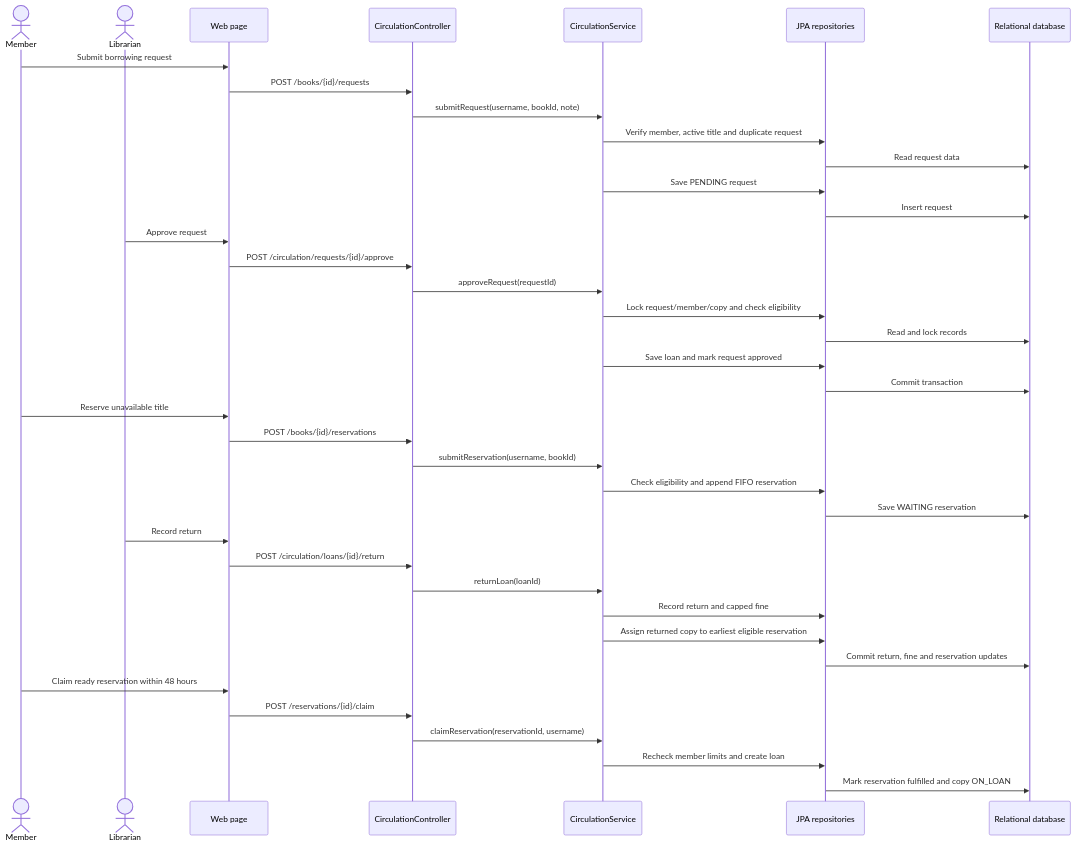
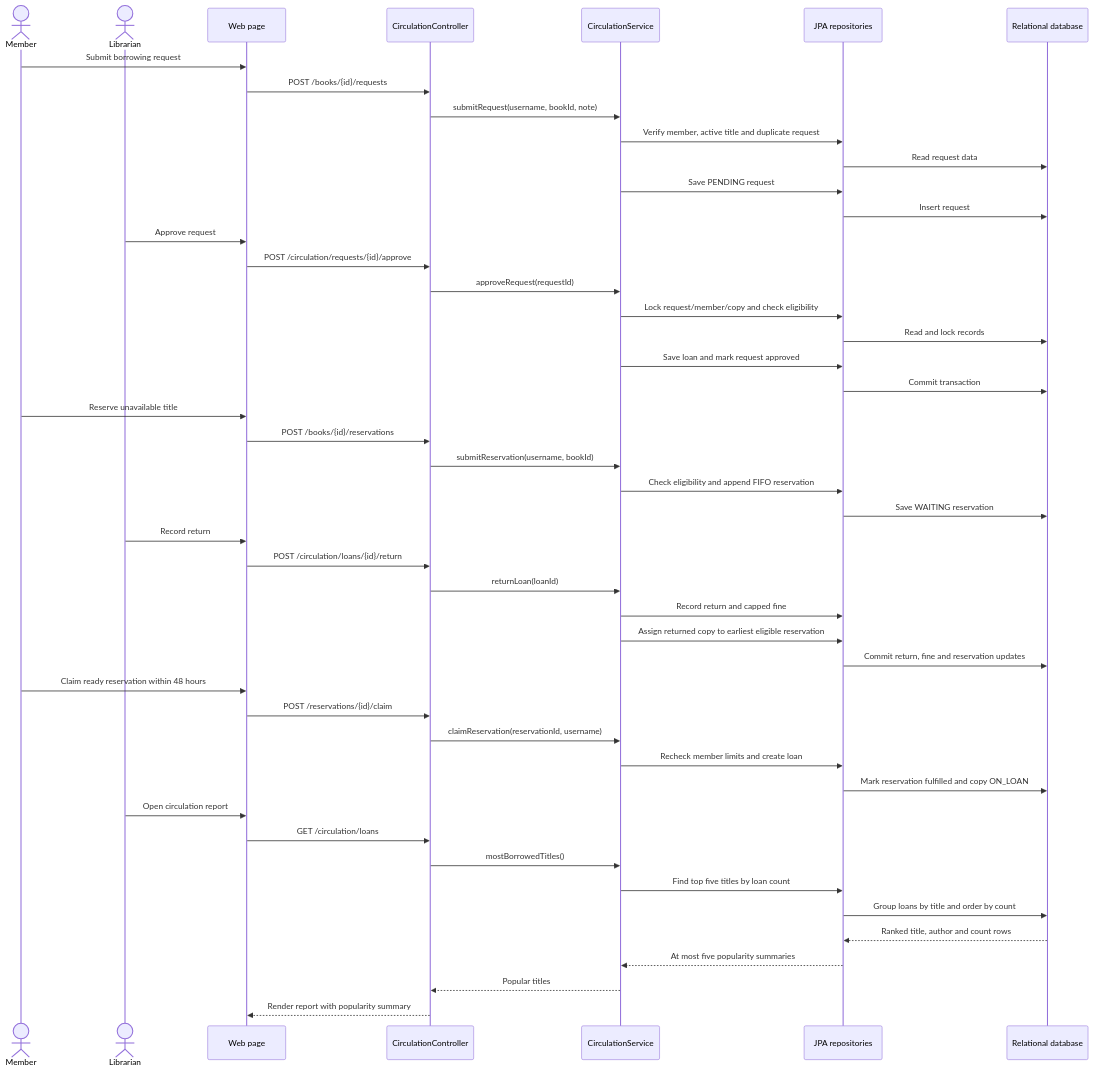
Before and after one commit to trithanh1577/261_72ITSE41704_2474802010400_E-Library: the diagram in docs/design/sequence-circulation.mmd, drawn with Mermaid. The commit also changed 86 other files, not shown here.

```diff
--- a/docs/design/sequence-circulation.mmd
+++ b/docs/design/sequence-circulation.mmd
@@ -1,43 +1,53 @@
 sequenceDiagram
     actor Member
     actor Librarian
     participant Page as Web page
     participant Controller as CirculationController
     participant Service as CirculationService
     participant Repositories as JPA repositories
     participant DB as Relational database
 
     Member->>Page: Submit borrowing request
     Page->>Controller: POST /books/{id}/requests
     Controller->>Service: submitRequest(username, bookId, note)
     Service->>Repositories: Verify member, active title and duplicate request
     Repositories->>DB: Read request data
     Service->>Repositories: Save PENDING request
     Repositories->>DB: Insert request
 
     Librarian->>Page: Approve request
     Page->>Controller: POST /circulation/requests/{id}/approve
     Controller->>Service: approveRequest(requestId)
     Service->>Repositories: Lock request/member/copy and check eligibility
     Repositories->>DB: Read and lock records
     Service->>Repositories: Save loan and mark request approved
     Repositories->>DB: Commit transaction
 
     Member->>Page: Reserve unavailable title
     Page->>Controller: POST /books/{id}/reservations
     Controller->>Service: submitReservation(username, bookId)
     Service->>Repositories: Check eligibility and append FIFO reservation
     Repositories->>DB: Save WAITING reservation
 
     Librarian->>Page: Record return
     Page->>Controller: POST /circulation/loans/{id}/return
     Controller->>Service: returnLoan(loanId)
     Service->>Repositories: Record return and capped fine
     Service->>Repositories: Assign returned copy to earliest eligible reservation
     Repositories->>DB: Commit return, fine and reservation updates
 
     Member->>Page: Claim ready reservation within 48 hours
     Page->>Controller: POST /reservations/{id}/claim
     Controller->>Service: claimReservation(reservationId, username)
     Service->>Repositories: Recheck member limits and create loan
     Repositories->>DB: Mark reservation fulfilled and copy ON_LOAN
+
+    Librarian->>Page: Open circulation report
+    Page->>Controller: GET /circulation/loans
+    Controller->>Service: mostBorrowedTitles()
+    Service->>Repositories: Find top five titles by loan count
+    Repositories->>DB: Group loans by title and order by count
+    DB-->>Repositories: Ranked title, author and count rows
+    Repositories-->>Service: At most five popularity summaries
+    Service-->>Controller: Popular titles
+    Controller-->>Page: Render report with popularity summary
```
